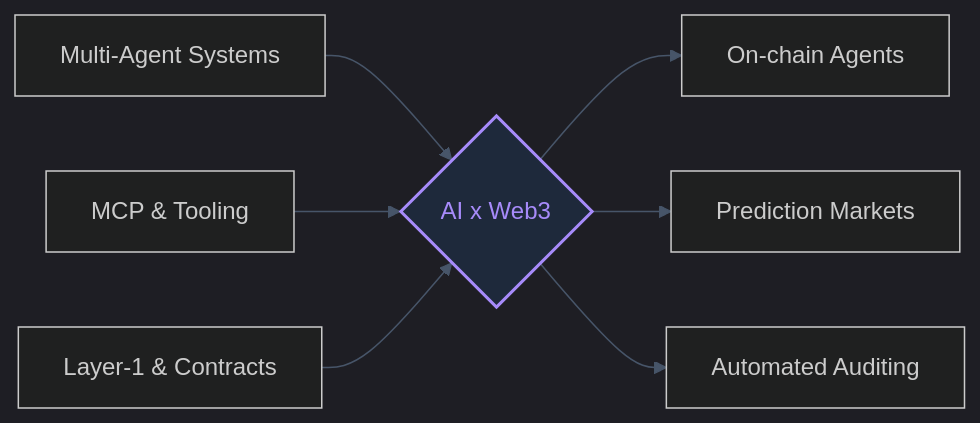
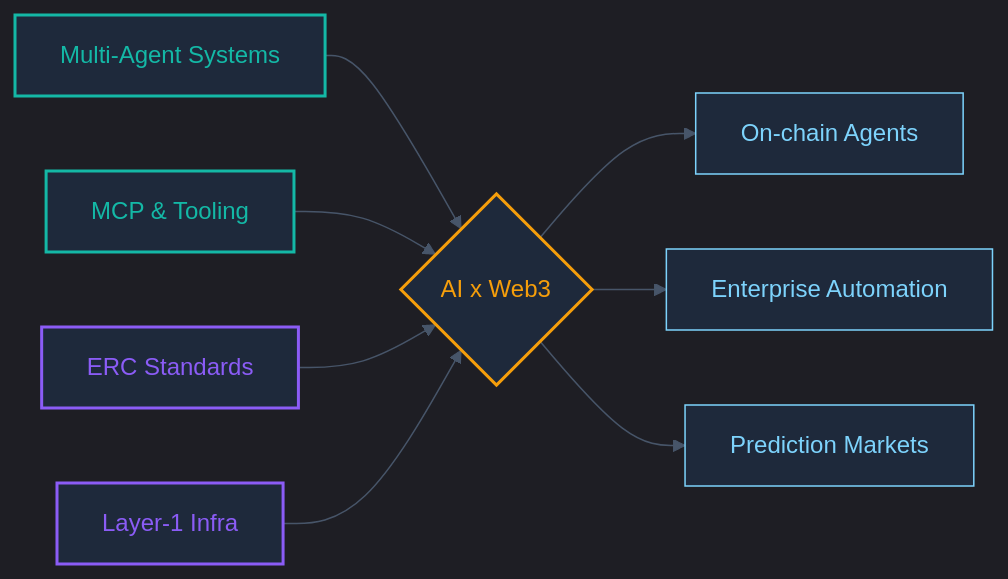
The diagram in README.md (Aboudjem/aboudjem), drawn with Mermaid before and after one commit. The commit also changed other lines of this file, not shown here.

Commit message:
redesign: gradient banner, logo strip, ERC badges, colored mermaid, no PR details

````diff
--- a/README.md
+++ b/README.md
@@ -50,12 +100,20 @@
 ```mermaid
 %%{init: {'theme': 'dark', 'themeVariables': { 'primaryColor': '#1e293b', 'primaryTextColor': '#e2e8f0', 'primaryBorderColor': '#7dd3fc', 'lineColor': '#475569', 'secondaryColor': '#1e293b', 'tertiaryColor': '#1e293b', 'fontFamily': 'system-ui, sans-serif'}}}%%
 graph LR
     A1[Multi-Agent Systems] --> C{AI x Web3}
     A2[MCP & Tooling] --> C
-    W1[Layer-1 & Contracts] --> C
+    W1[ERC Standards] --> C
+    W2[Layer-1 Infra] --> C
     C --> D1[On-chain Agents]
-    C --> D2[Prediction Markets]
-    C --> D3[Automated Auditing]
+    C --> D2[Enterprise Automation]
+    C --> D3[Prediction Markets]
 
-    style C fill:#1e293b,stroke:#a78bfa,stroke-width:2px,color:#a78bfa
+    style A1 fill:#1e293b,stroke:#14B8A6,stroke-width:2px,color:#14B8A6
+    style A2 fill:#1e293b,stroke:#14B8A6,stroke-width:2px,color:#14B8A6
+    style W1 fill:#1e293b,stroke:#8B5CF6,stroke-width:2px,color:#8B5CF6
+    style W2 fill:#1e293b,stroke:#8B5CF6,stroke-width:2px,color:#8B5CF6
+    style C fill:#1e293b,stroke:#F59E0B,stroke-width:2px,color:#F59E0B
+    style D1 fill:#1e293b,stroke:#7dd3fc,stroke-width:1px,color:#7dd3fc
+    style D2 fill:#1e293b,stroke:#7dd3fc,stroke-width:1px,color:#7dd3fc
+    style D3 fill:#1e293b,stroke:#7dd3fc,stroke-width:1px,color:#7dd3fc
 ```
````
